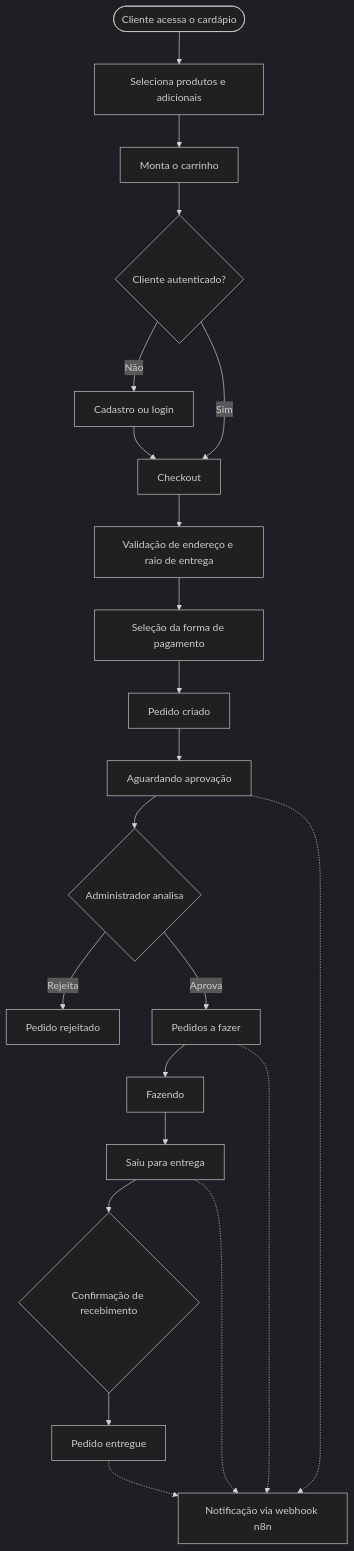
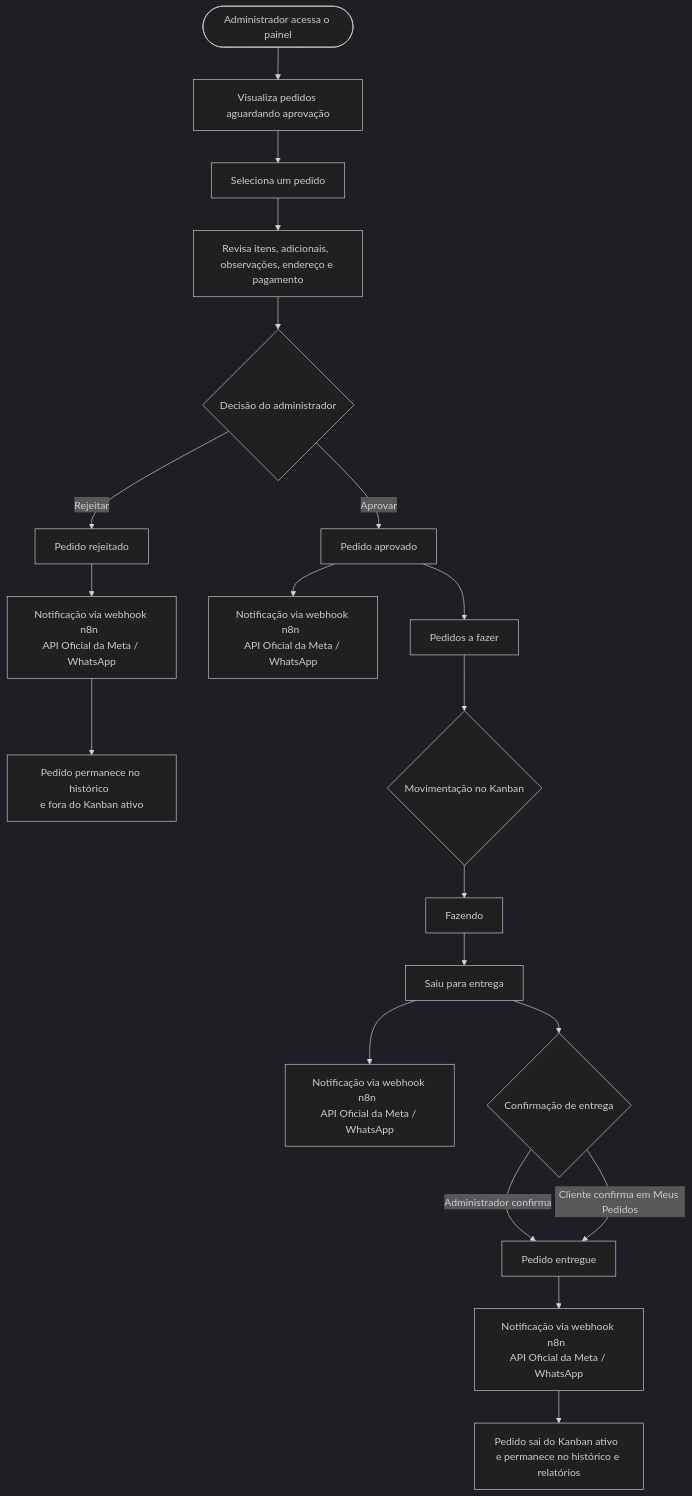
Before and after one commit to poliato2015-max/projeto-ia-lovable-n8n-app-deliverypro: the second of 3 diagrams in README.md, drawn with Mermaid (dark theme). The commit also changed other lines of this file, not shown here.

````diff
--- a/README.md
+++ b/README.md
@@ -57,24 +113,35 @@
 ```mermaid
 flowchart TD
-    A([Cliente acessa o cardápio]) --> B[Seleciona produtos e adicionais]
-    B --> C[Monta o carrinho]
-    C --> D{Cliente autenticado?}
-    D -- Não --> E[Cadastro ou login]
-    D -- Sim --> F[Checkout]
-    E --> F
-    F --> G[Validação de endereço e raio de entrega]
-    G --> H[Seleção da forma de pagamento]
-    H --> I[Pedido criado]
-    I --> J[Aguardando aprovação]
-    J --> K{Administrador analisa}
-    K -- Rejeita --> L[Pedido rejeitado]
-    K -- Aprova --> M[Pedidos a fazer]
-    M --> N[Fazendo]
-    N --> O[Saiu para entrega]
-    O --> P{Confirmação de recebimento}
-    P --> Q[Pedido entregue]
-    J -.-> R[Notificação via webhook n8n]
-    M -.-> R
-    O -.-> R
-    Q -.-> R
+    A([Administrador acessa o painel]) --> B[Visualiza pedidos aguardando aprovação]
+    B --> C[Seleciona um pedido]
+    C --> D[Revisa itens, adicionais,  
+observações, endereço e pagamento]
+    D --> E{Decisão do administrador}
+
+    E -- Rejeitar --> F[Pedido rejeitado]
+    F --> G[Notificação via webhook n8n  
+API Oficial da Meta / WhatsApp]
+    G --> H[Pedido permanece no histórico  
+e fora do Kanban ativo]
+
+    E -- Aprovar --> I[Pedido aprovado]
+    I --> J[Notificação via webhook n8n  
+API Oficial da Meta / WhatsApp]
+    I --> K[Pedidos a fazer]
+
+    K --> L{Movimentação no Kanban}
+    L --> M[Fazendo]
+    M --> N[Saiu para entrega]
+
+    N --> O[Notificação via webhook n8n  
+API Oficial da Meta / WhatsApp]
+    N --> P{Confirmação de entrega}
+
+    P -- Administrador confirma --> Q[Pedido entregue]
+    P -- Cliente confirma em Meus Pedidos --> Q
+
+    Q --> R[Notificação via webhook n8n  
+API Oficial da Meta / WhatsApp]
+    R --> S[Pedido sai do Kanban ativo  
+e permanece no histórico e relatórios]
 ```
````
